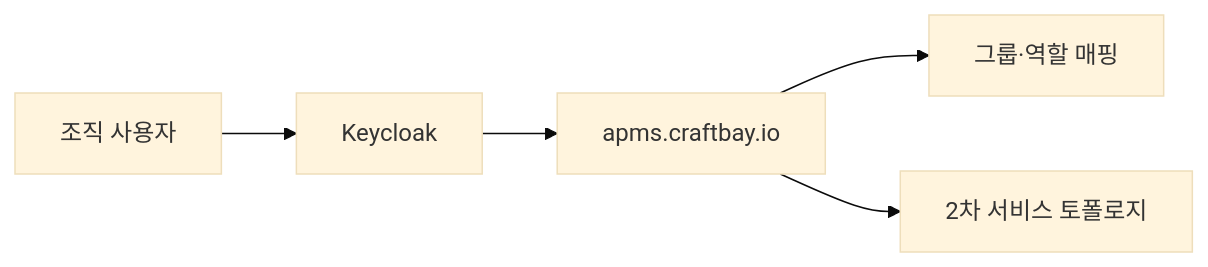
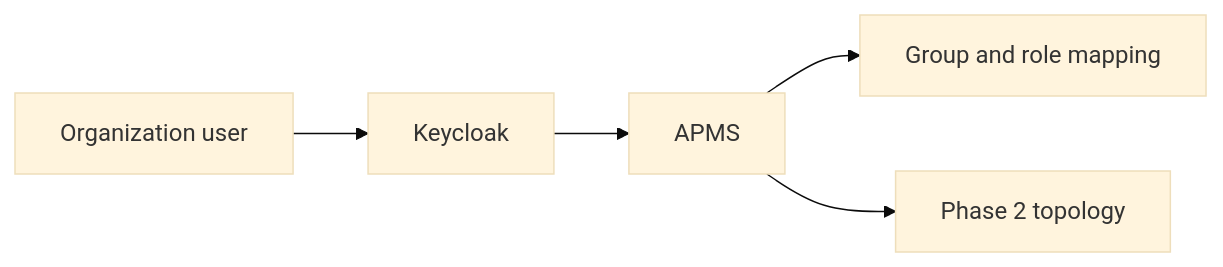
Before and after one commit to lisyoen/apms: the fifth of 5 diagrams in docs/ARCHITECTURE.md, drawn with Mermaid (base theme). The commit also changed other lines of this file and 20 other files, not shown here.

````diff
--- a/docs/ARCHITECTURE.md
+++ b/docs/ARCHITECTURE.md
@@ -182,7 +217,7 @@
 ```mermaid
 flowchart LR
-  U[조직 사용자] --> IDP[Keycloak]
-  IDP --> APP[apms.craftbay.io]
-  APP --> MAP[그룹·역할 매핑]
-  APP --> CORE[2차 서비스 토폴로지]
+  U[Organization user] --> IDP[Keycloak]
+  IDP --> APP[APMS]
+  APP --> MAP[Group and role mapping]
+  APP --> CORE[Phase 2 topology]
 ```
````
